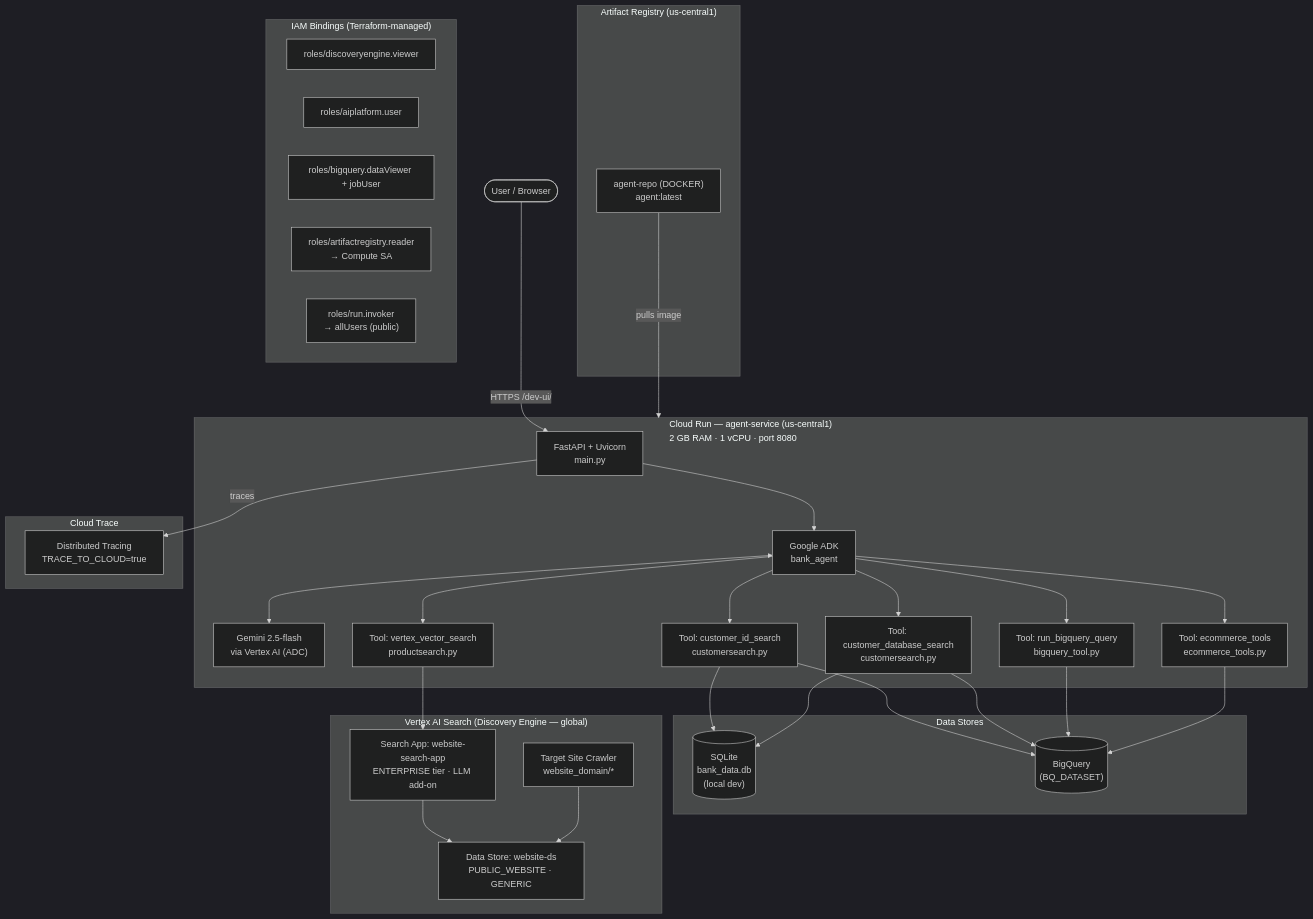
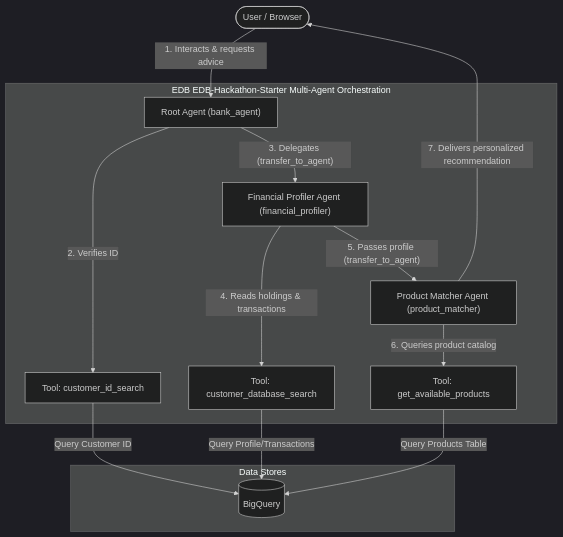
One commit to TheOneTrueSahil/EDB-Hackathon-Starter changed the diagram in README.md. Above: the diagram before and after it, drawn with Mermaid (dark theme). The commit also changed other lines of this file, not shown here.

Commit message:
inital agent arch

````diff
--- a/README.md
+++ b/README.md
@@ -7,54 +9,29 @@
 ```mermaid
 flowchart TD
     User(["User / Browser"])
 
-    subgraph CloudRun["Cloud Run — agent-service (us-central1)<br/>2 GB RAM · 1 vCPU · port 8080"]
-        FastAPI["FastAPI + Uvicorn<br/>main.py"]
-        ADK["Google ADK<br/>bank_agent"]
-        Gemini["Gemini 2.5-flash<br/>via Vertex AI (ADC)"]
-        T1["Tool: customer_id_search<br/>customersearch.py"]
-        T2["Tool: customer_database_search<br/>customersearch.py"]
-        T3["Tool: vertex_vector_search<br/>productsearch.py"]
-        T4["Tool: run_bigquery_query<br/>bigquery_tool.py"]
-        T5["Tool: ecommerce_tools<br/>ecommerce_tools.py"]
+    subgraph EDB["EDB EDB-Hackathon-Starter Multi-Agent Orchestration"]
+        RootAgent["Root Agent (bank_agent)"]
+        ProfilerAgent["Financial Profiler Agent (financial_profiler)"]
+        MatcherAgent["Product Matcher Agent (product_matcher)"]
+
+        T1["Tool: customer_id_search"]
+        T2["Tool: customer_database_search"]
+        T3["Tool: get_available_products"]
     end
 
-    subgraph DataStores["Data Stores"]
-        SQLite[("SQLite<br/>bank_data.db<br/>(local dev)")]
-        BQ[("BigQuery<br/>(BQ_DATASET)")]
+    subgraph Data["Data Stores"]
+        BQ[("BigQuery")]
     end
 
-    subgraph VertexSearch["Vertex AI Search (Discovery Engine — global)"]
-        DS["Data Store: website-ds<br/>PUBLIC_WEBSITE · GENERIC"]
-        Crawler["Target Site Crawler<br/>website_domain/*"]
-        App["Search App: website-search-app<br/>ENTERPRISE tier · LLM add-on"]
-    end
-
-    subgraph ArtifactRegistry["Artifact Registry (us-central1)"]
-        Repo["agent-repo (DOCKER)<br/>agent:latest"]
-    end
-
-    subgraph IAM["IAM Bindings (Terraform-managed)"]
-        R1["roles/discoveryengine.viewer"]
-        R2["roles/aiplatform.user"]
-        R3["roles/bigquery.dataViewer + jobUser"]
-        R4["roles/artifactregistry.reader<br/>→ Compute SA"]
-        R5["roles/run.invoker<br/>→ allUsers (public)"]
-    end
-
-    subgraph CloudTrace["Cloud Trace"]
-        Trace["Distributed Tracing<br/>TRACE_TO_CLOUD=true"]
-    end
-
-    User -- "HTTPS /dev-ui/" --> FastAPI
-    FastAPI --> ADK
-    ADK <--> Gemini
-    ADK --> T1 & T2 & T3 & T4 & T5
-    T1 & T2 --> SQLite
-    T1 & T2 & T4 & T5 --> BQ
-    T3 --> App
-    App --> DS
-    Crawler --> DS
-    Repo -- "pulls image" --> CloudRun
-    FastAPI -- "traces" --> Trace
+    User -- "1. Interacts & requests advice" --> RootAgent
+    RootAgent -- "2. Verifies ID" --> T1
+    T1 -- "Query Customer ID" --> BQ
+    RootAgent -- "3. Delegates (transfer_to_agent)" --> ProfilerAgent
+    ProfilerAgent -- "4. Reads holdings & transactions" --> T2
+    T2 -- "Query Profile/Transactions" --> BQ
+    ProfilerAgent -- "5. Passes profile (transfer_to_agent)" --> MatcherAgent
+    MatcherAgent -- "6. Queries product catalog" --> T3
+    T3 -- "Query Products Table" --> BQ
+    MatcherAgent -- "7. Delivers personalized recommendation" --> User
 ```
````
